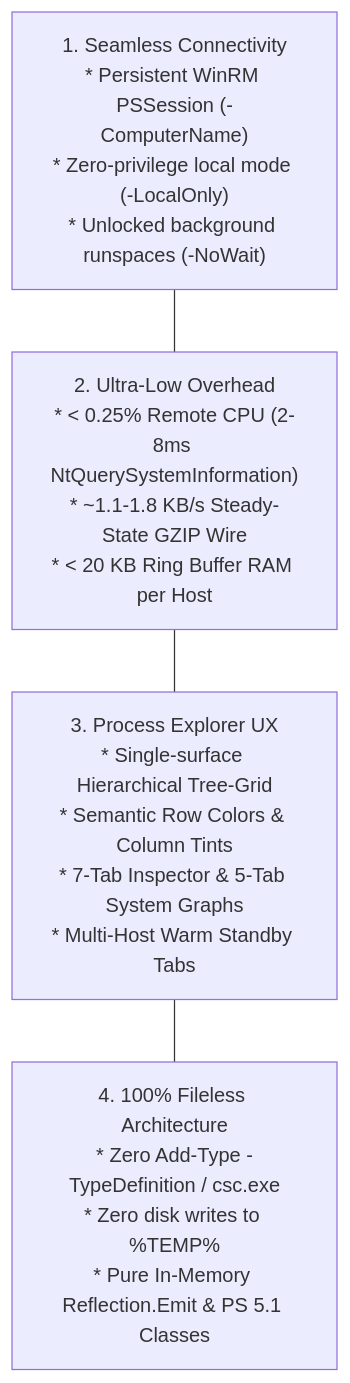
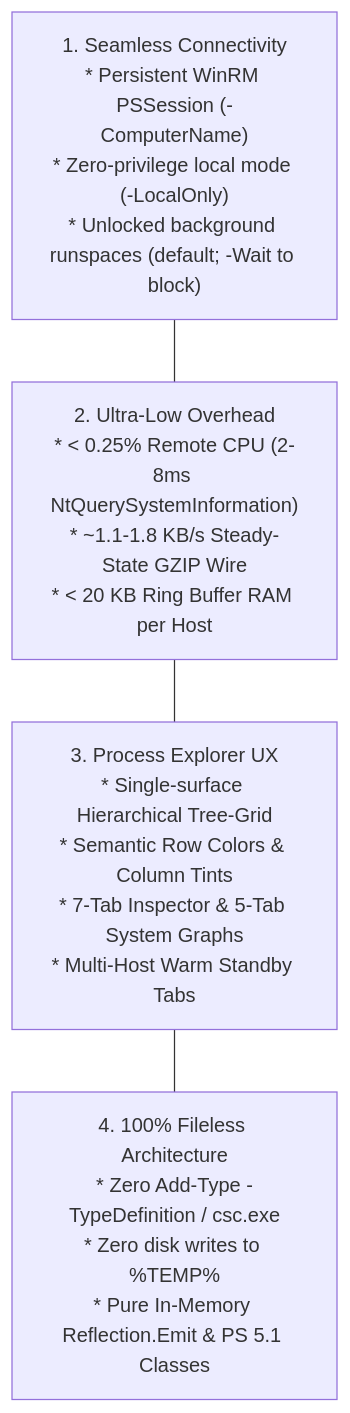
The diagram in PRODUCT.md (exh555/PSRPM), drawn with Mermaid before and after one commit. The commit also changed other lines of this file and 48 other files, not shown here.

Commit message:
chore(release): v1.13.0 - Zero-Arg Local Default, CPUDelta Column, WCAG AA 6-Theme & UIA Accessibility

````diff
--- a/PRODUCT.md
+++ b/PRODUCT.md
@@ -37,9 +37,9 @@
 ```mermaid
 flowchart TD
-    P1["1. Seamless Connectivity<br/>* Persistent WinRM PSSession (-ComputerName)<br/>* Zero-privilege local mode (-LocalOnly)<br/>* Unlocked background runspaces (-NoWait)"]
+    P1["1. Seamless Connectivity<br/>* Persistent WinRM PSSession (-ComputerName)<br/>* Zero-privilege local mode (-LocalOnly)<br/>* Unlocked background runspaces (default; -Wait to block)"]
     P2["2. Ultra-Low Overhead<br/>* < 0.25% Remote CPU (2-8ms NtQuerySystemInformation)<br/>* ~1.1-1.8 KB/s Steady-State GZIP Wire<br/>* < 20 KB Ring Buffer RAM per Host"]
     P3["3. Process Explorer UX<br/>* Single-surface Hierarchical Tree-Grid<br/>* Semantic Row Colors & Column Tints<br/>* 7-Tab Inspector & 5-Tab System Graphs<br/>* Multi-Host Warm Standby Tabs"]
     P4["4. 100% Fileless Architecture<br/>* Zero Add-Type -TypeDefinition / csc.exe<br/>* Zero disk writes to %TEMP%<br/>* Pure In-Memory Reflection.Emit & PS 5.1 Classes"]
 
     P1 --- P2 --- P3 --- P4
 ```
````
